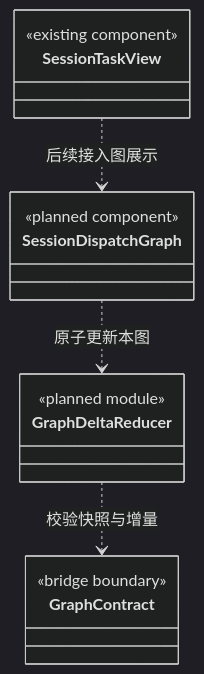
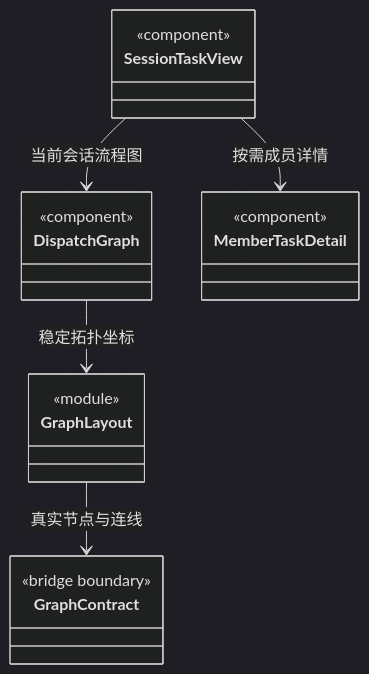
Before and after one commit to nan023062/cbim: the diagram in src/frontend/tasks/CONTRACT.md, drawn with Mermaid (dark theme). The commit also changed other lines of this file and 240 other files, not shown here.

````diff
--- a/src/frontend/tasks/CONTRACT.md
+++ b/src/frontend/tasks/CONTRACT.md
@@ -43,10 +55,12 @@
 ```mermaid
 classDiagram
-class SessionTaskView { <<existing component>> }
-class SessionDispatchGraph { <<planned component>> }
-class GraphDeltaReducer { <<planned module>> }
+class SessionTaskView { <<component>> }
+class DispatchGraph { <<component>> }
+class GraphLayout { <<module>> }
+class MemberTaskDetail { <<component>> }
 class GraphContract { <<bridge boundary>> }
-SessionTaskView ..> SessionDispatchGraph : 后续接入图展示
-SessionDispatchGraph ..> GraphDeltaReducer : 原子更新本图
-GraphDeltaReducer ..> GraphContract : 校验快照与增量
+SessionTaskView --> DispatchGraph : 当前会话流程图
+SessionTaskView --> MemberTaskDetail : 按需成员详情
+DispatchGraph --> GraphLayout : 稳定拓扑坐标
+GraphLayout --> GraphContract : 真实节点与连线
 ```
````
